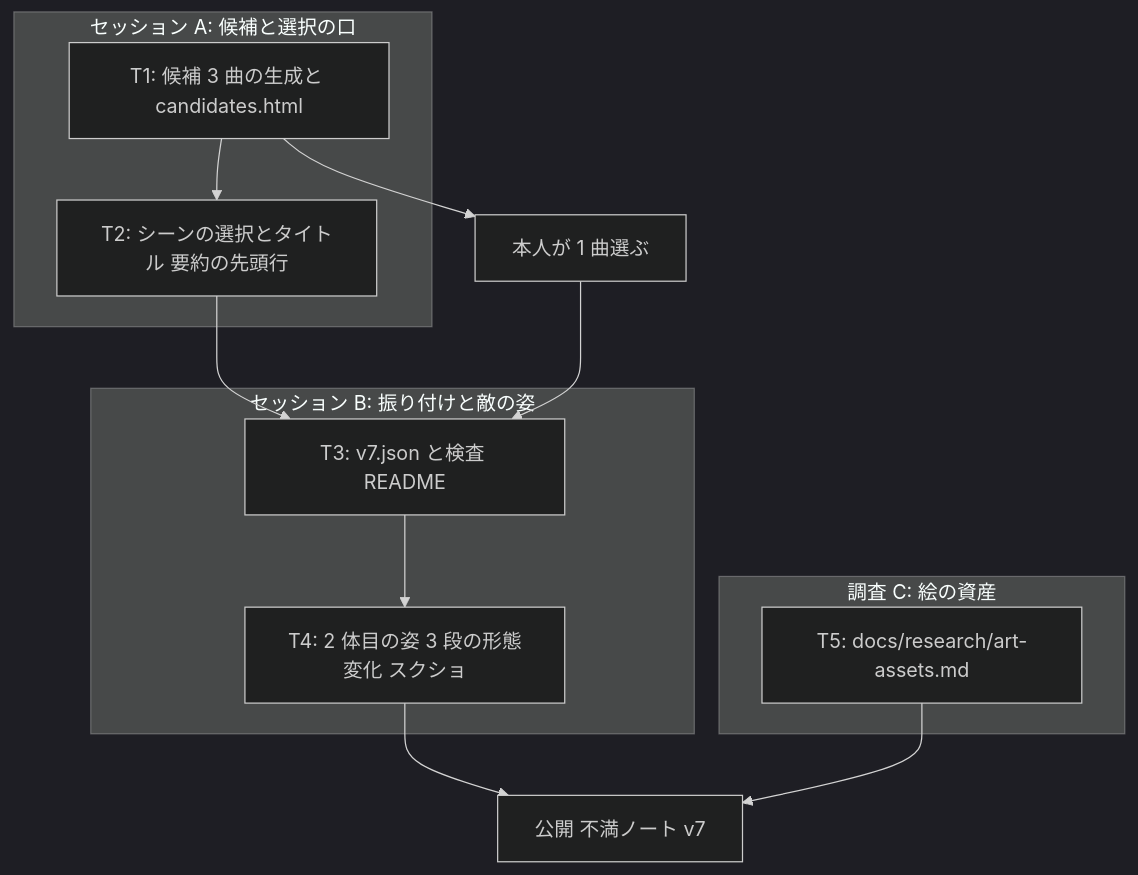
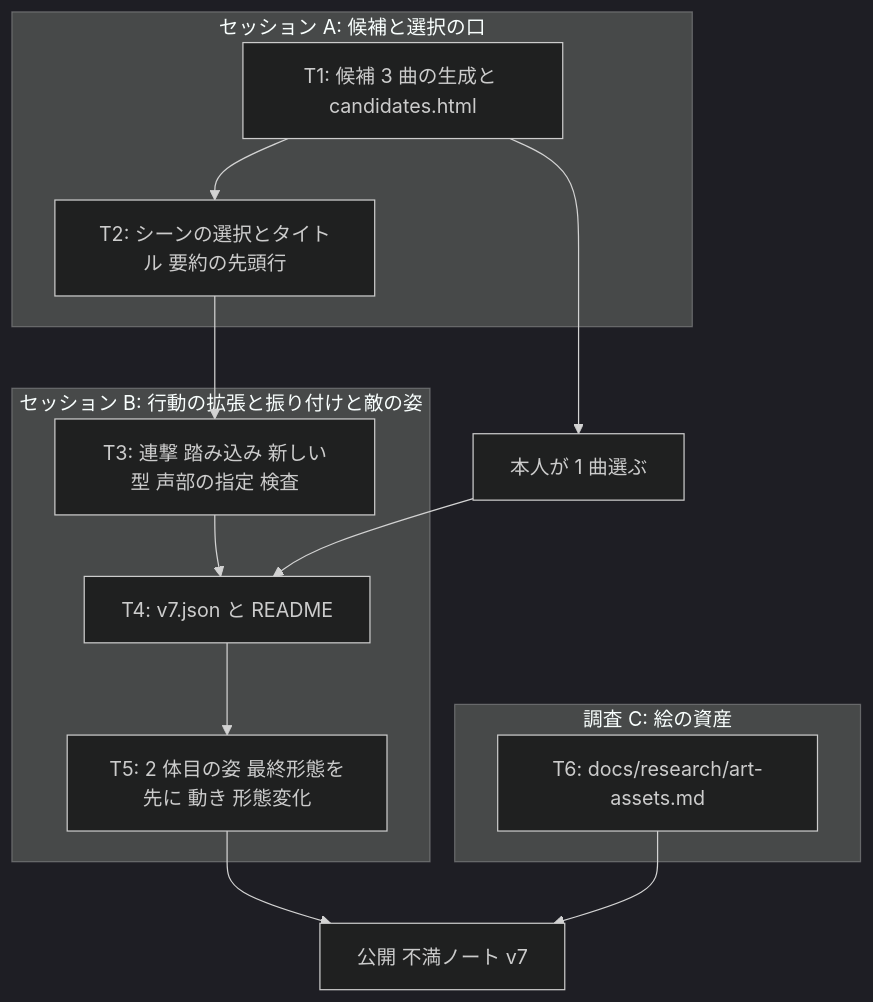
The diagram in docs/plan/v7-phase1.md (pokadokan-boop/music_action_lab), drawn with Mermaid (dark theme) before and after one commit. The commit also changed other lines of this file and 2 other files, not shown here.

````diff
--- a/docs/plan/v7-phase1.md
+++ b/docs/plan/v7-phase1.md
@@ -47,17 +48,18 @@
 ```mermaid
 graph TD
     subgraph A[セッション A: 候補と選択の口]
         T1[T1: 候補 3 曲の生成と candidates.html] --> T2[T2: シーンの選択とタイトル 要約の先頭行]
     end
     subgraph C[調査 C: 絵の資産]
-        T5[T5: docs/research/art-assets.md]
+        T6[T6: docs/research/art-assets.md]
     end
-    subgraph B[セッション B: 振り付けと敵の姿]
-        T3[T3: v7.json と検査 README] --> T4[T4: 2 体目の姿 3 段の形態変化 スクショ]
+    subgraph B[セッション B: 行動の拡張と振り付けと敵の姿]
+        T3[T3: 連撃 踏み込み 新しい型 声部の指定 検査] --> T4[T4: v7.json と README]
+        T4 --> T5[T5: 2 体目の姿 最終形態を先に 動き 形態変化]
     end
     T1 --> H[本人が 1 曲選ぶ]
     T2 --> T3
-    H --> T3
-    T4 --> P[公開 不満ノート v7]
-    T5 --> P
+    H --> T4
+    T5 --> P[公開 不満ノート v7]
+    T6 --> P
 ```
````
